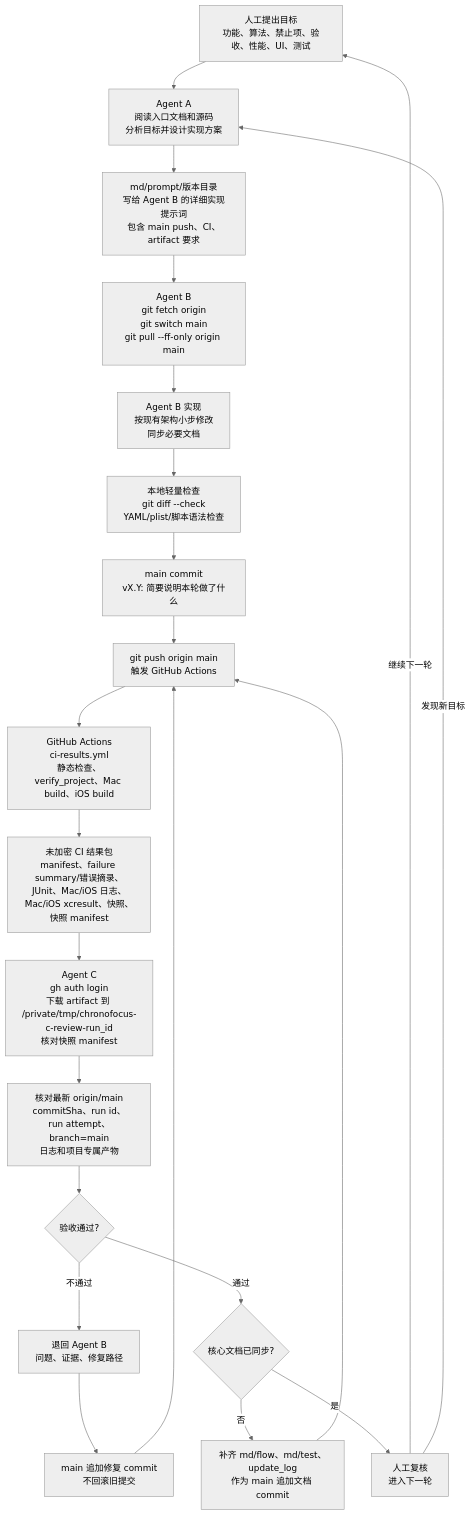
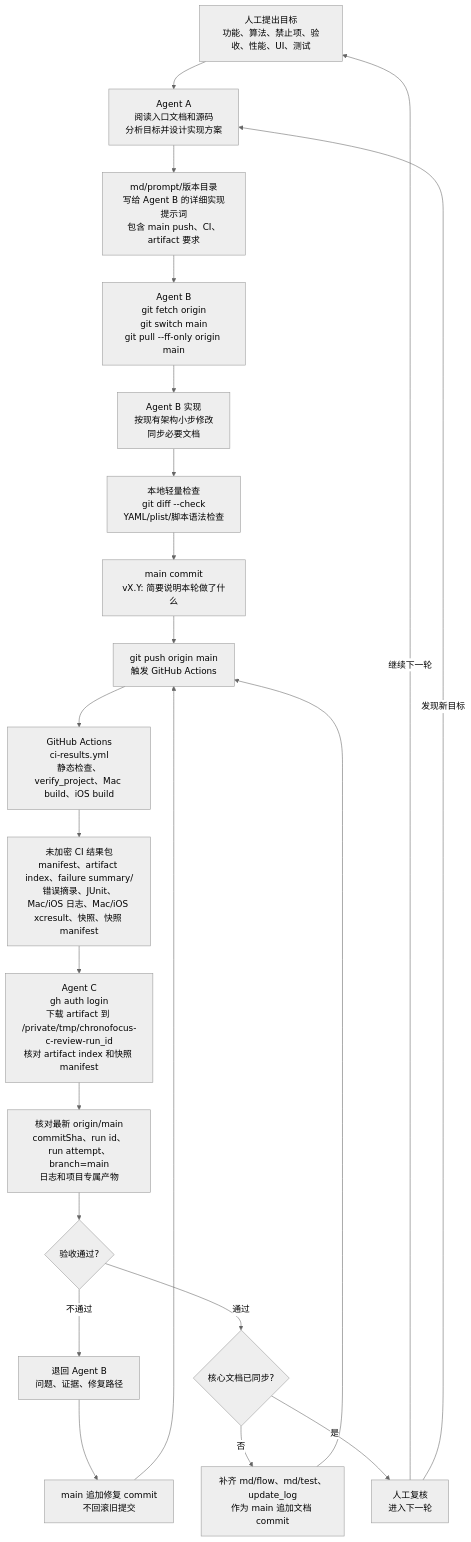
One commit to Altman-sam114/114 changed the fifth of 6 diagrams in md/flow/flowchart.md. Above: the diagram before and after it, drawn with Mermaid (neutral theme). The commit also changed other lines of this file and 7 other files, not shown here.

````diff
--- a/md/flow/flowchart.md
+++ b/md/flow/flowchart.md
@@ -102,24 +102,24 @@
 ```mermaid
 flowchart TD
   H["人工提出目标<br/>功能、算法、禁止项、验收、性能、UI、测试"] --> A["Agent A<br/>阅读入口文档和源码<br/>分析目标并设计实现方案"]
   A --> P["md/prompt/版本目录<br/>写给 Agent B 的详细实现提示词<br/>包含 main push、CI、artifact 要求"]
   P --> B0["Agent B<br/>git fetch origin<br/>git switch main<br/>git pull --ff-only origin main"]
   B0 --> B1["Agent B 实现<br/>按现有架构小步修改<br/>同步必要文档"]
   B1 --> L["本地轻量检查<br/>git diff --check<br/>YAML/plist/脚本语法检查"]
   L --> G["main commit<br/>vX.Y: 简要说明本轮做了什么"]
   G --> PUSH["git push origin main<br/>触发 GitHub Actions"]
   PUSH --> CI["GitHub Actions<br/>ci-results.yml<br/>静态检查、verify_project、Mac build、iOS build"]
-  CI --> ART["未加密 CI 结果包<br/>manifest、failure summary/错误摘录、JUnit、Mac/iOS 日志、Mac/iOS xcresult、快照、快照 manifest"]
-  ART --> C["Agent C<br/>gh auth login<br/>下载 artifact 到 /private/tmp/chronofocus-c-review-run_id<br/>核对快照 manifest"]
+  CI --> ART["未加密 CI 结果包<br/>manifest、artifact index、failure summary/错误摘录、JUnit、Mac/iOS 日志、Mac/iOS xcresult、快照、快照 manifest"]
+  ART --> C["Agent C<br/>gh auth login<br/>下载 artifact 到 /private/tmp/chronofocus-c-review-run_id<br/>核对 artifact index 和快照 manifest"]
   C --> V["核对最新 origin/main<br/>commitSha、run id、run attempt、branch=main<br/>日志和项目专属产物"]
   V --> PASS{"验收通过?"}
   PASS -->|不通过| BACK["退回 Agent B<br/>问题、证据、修复路径"]
   BACK --> FIX["main 追加修复 commit<br/>不回滚旧提交"]
   FIX --> PUSH
   PASS -->|通过| DOC{"核心文档已同步?"}
   DOC -->|否| D["补齐 md/flow、md/test、update_log<br/>作为 main 追加文档 commit"]
   D --> PUSH
   DOC -->|是| J["人工复核<br/>进入下一轮"]
   J -->|继续下一轮| H
   J -->|发现新目标| A
 ```
````
